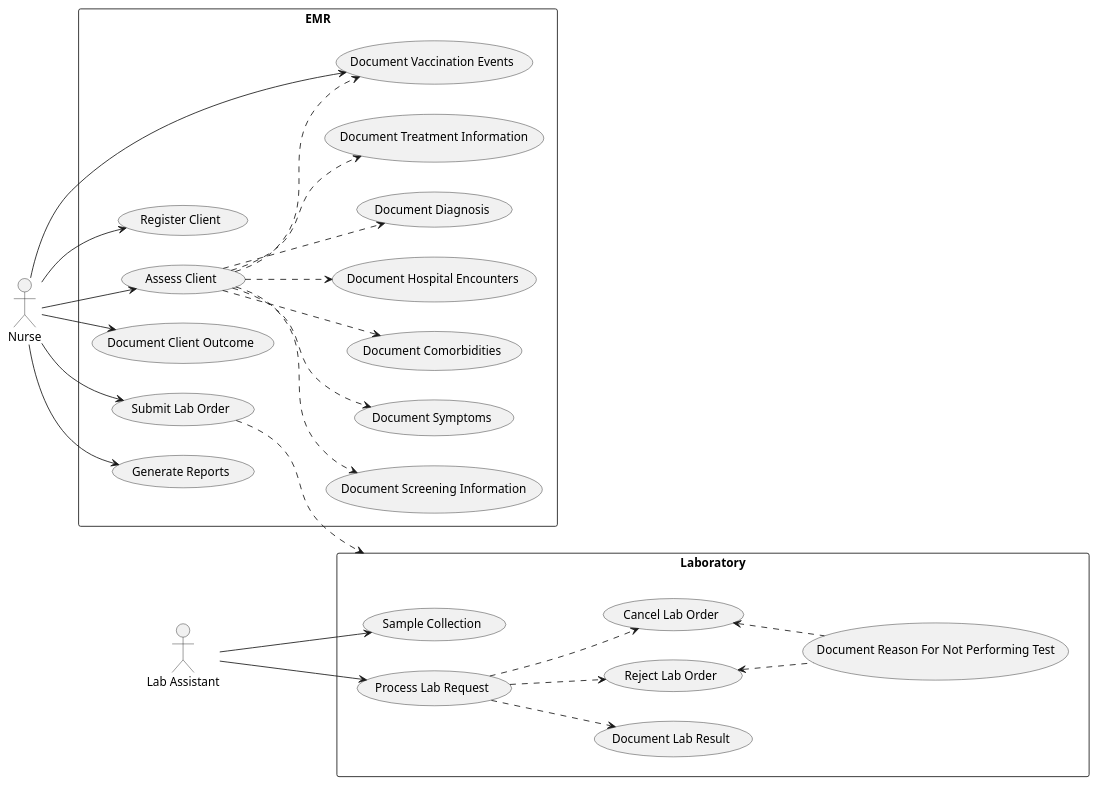
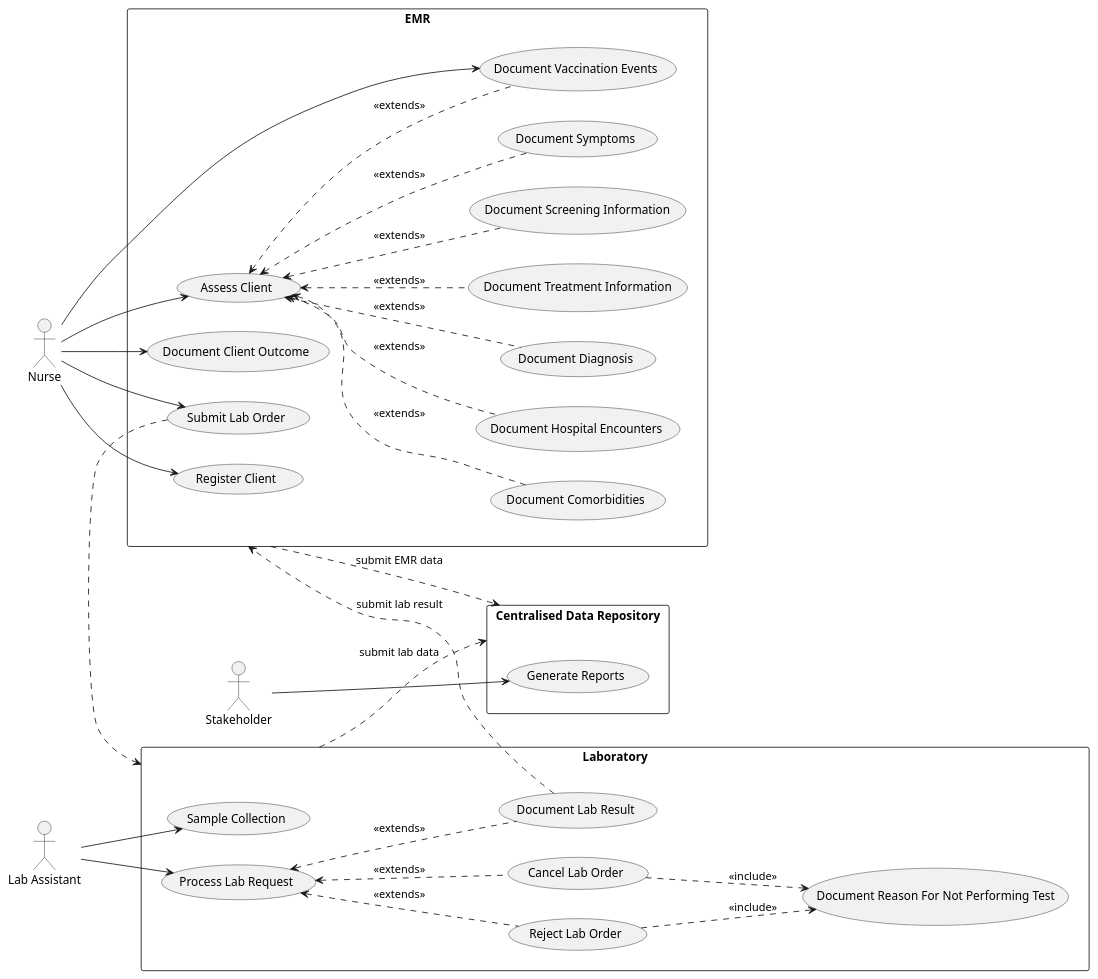
Before and after one commit to openhie/covid19-casereporting: the diagram in input/images-source/uses-cases.plantuml, drawn with PlantUML.

```diff
--- a/input/images-source/uses-cases.plantuml
+++ b/input/images-source/uses-cases.plantuml
@@ -1,60 +1,68 @@
 @startuml UseCaseDiagram
 left to right direction
 actor "Nurse" as nurse
 rectangle EMR {
   usecase "Register Client" as UC1
   usecase "Assess Client" as UC2
   usecase "Document Screening Information" as UC3
   usecase "Document Symptoms" as UC4
   usecase "Document Comorbidities" as UC5
   usecase "Document Hospital Encounters" as UC6
   usecase "Document Diagnosis" as UC8
   usecase "Document Treatment Information" as UC9
   usecase "Document Client Outcome" as UC10
   usecase "Submit Lab Order" as UC11
   usecase "Document Vaccination Events" as UC12
-  usecase "Generate Reports" as UC13
+  
 }
 
 nurse --> UC1
 nurse --> UC2
 nurse --> UC10
 nurse --> UC11
 nurse --> UC12
-nurse --> UC13
 
+(UC2) <.. (UC3) : "<<extends>>"
+(UC2) <.. (UC4) : "<<extends>>"
+(UC2) <.. (UC5) : "<<extends>>"
+(UC2) <.. (UC6) : "<<extends>>"
+(UC2) <.. (UC12) : "<<extends>>"
+(UC2) <.. (UC8) : "<<extends>>"
+(UC2) <.. (UC9) : "<<extends>>"
 
-(UC2) ..> (UC3)
-(UC2) ..> (UC4)
-(UC2) ..> (UC5)
-(UC2) ..> (UC6)
-(UC2) ..> (UC12)
-(UC2) ..> (UC8)
-(UC2) ..> (UC9)
-
-actor "Lab Assistant" as lab
+actor "Lab Assistant" as labAssistant
 rectangle Laboratory {
   usecase "Sample Collection" as UC14
   usecase "Process Lab Request" as UC15
   usecase "Document Lab Result" as UC16
   usecase "Reject Lab Order" as UC17
   usecase "Cancel Lab Order" as UC18
   usecase "Document Reason For Not Performing Test" as UC19
 }
 
-lab --> UC14
-lab --> UC15
+labAssistant --> UC14
+labAssistant --> UC15
 
 
-(UC15) ..> (UC16)
-(UC15) ..> (UC17)
-(UC15) ..> (UC18)
+(UC15) <.. (UC16) : "<<extends>>"
+(UC15) <.. (UC17) : "<<extends>>"
+(UC15) <.. (UC18) : "<<extends>>"
 
-(UC18) <.. (UC19)
-(UC17) <.. (UC19)
+(UC18) ..> (UC19) : "<<include>>"
+(UC17) ..> (UC19) : "<<include>>"
 
 (UC11) ..> Laboratory
 
-'(UC16) ..> (UC8)
+(UC16) ..> EMR : "submit lab result"
+
+actor "Stakeholder" as stakeholder
+rectangle "Centralised Data Repository" as cdr {
+  usecase "Generate Reports" as UC20
+}
+
+stakeholder --> UC20
+
+EMR ..> cdr : "submit EMR data"
+Laboratory ..> cdr : "submit lab data"
 
 @enduml
```
